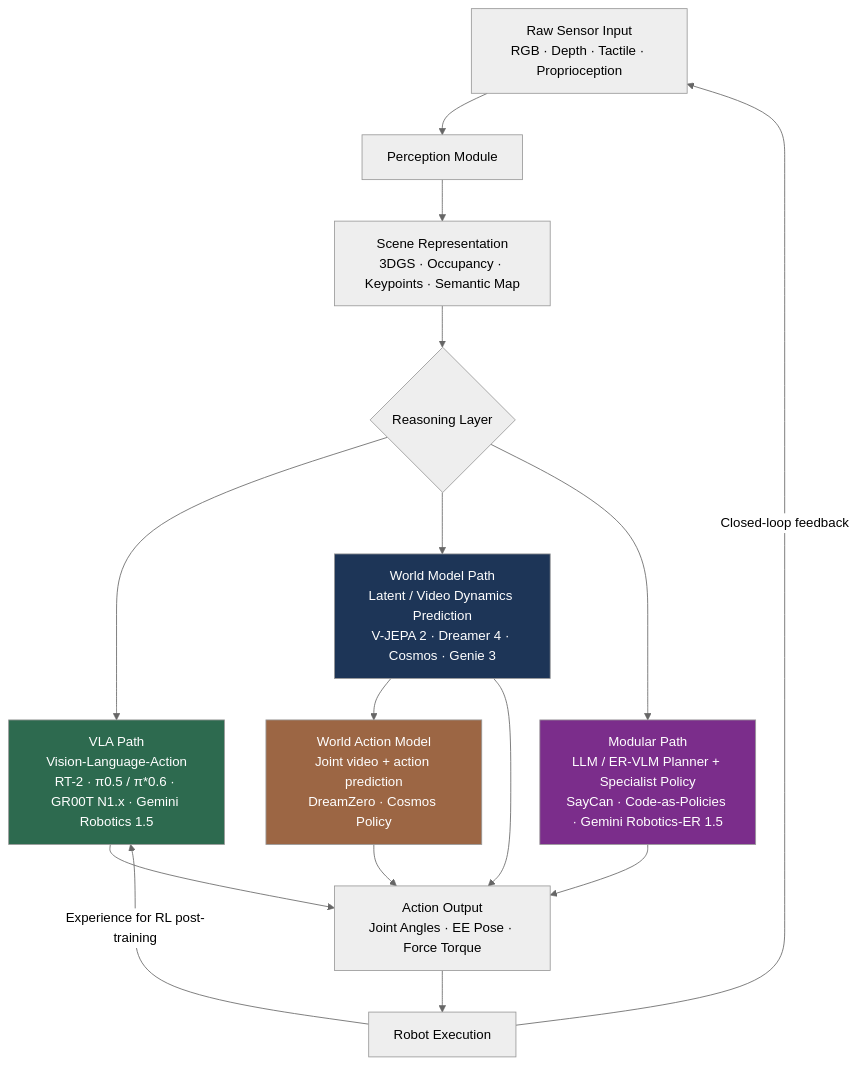
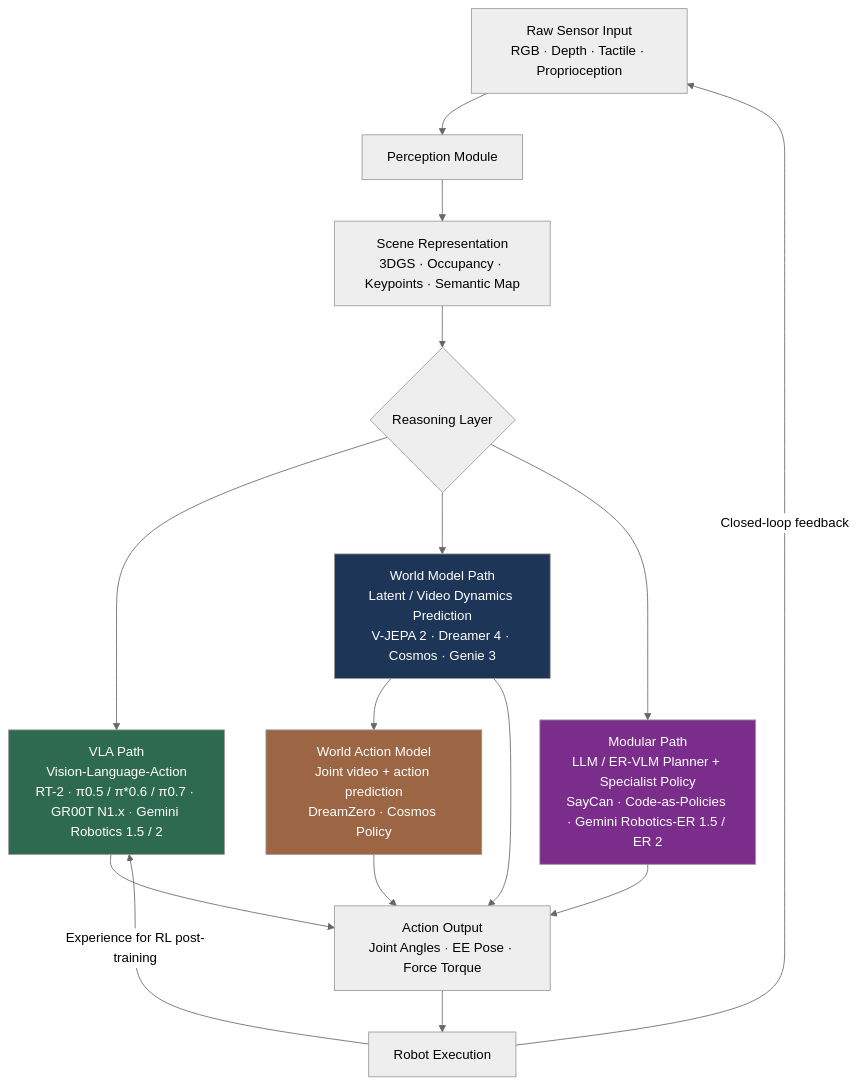
One commit to FrankHuang94/CV_learning_db_claude changed the diagram in cv-knowledge-base/06_robotics_and_embodied_ai/00_overview_roadmap.md. Above: the diagram before and after it, drawn with Mermaid (neutral theme). The commit also changed other lines of this file and 11 other files, not shown here.

First line of the commit message:
Robotics: add Gemini Robotics 2 family, π0.7 and Figure Helix 02 (EN + ZH)

````diff
--- a/cv-knowledge-base/06_robotics_and_embodied_ai/00_overview_roadmap.md
+++ b/cv-knowledge-base/06_robotics_and_embodied_ai/00_overview_roadmap.md
@@ -35,21 +36,21 @@
 ```mermaid
 graph TD
     A[Raw Sensor Input\nRGB · Depth · Tactile · Proprioception] --> B[Perception Module]
     B --> C[Scene Representation\n3DGS · Occupancy · Keypoints · Semantic Map]
     C --> D{Reasoning Layer}
-    D --> E[VLA Path\nVision-Language-Action\nRT-2 · π0.5 / π*0.6 · GR00T N1.x · Gemini Robotics 1.5]
+    D --> E[VLA Path\nVision-Language-Action\nRT-2 · π0.5 / π*0.6 / π0.7 · GR00T N1.x · Gemini Robotics 1.5 / 2]
     D --> F[World Model Path\nLatent / Video Dynamics Prediction\nV-JEPA 2 · Dreamer 4 · Cosmos · Genie 3]
-    D --> G[Modular Path\nLLM / ER-VLM Planner + Specialist Policy\nSayCan · Code-as-Policies · Gemini Robotics-ER 1.5]
+    D --> G[Modular Path\nLLM / ER-VLM Planner + Specialist Policy\nSayCan · Code-as-Policies · Gemini Robotics-ER 1.5 / ER 2]
     F --> W[World Action Model\nJoint video + action prediction\nDreamZero · Cosmos Policy]
     E --> H[Action Output\nJoint Angles · EE Pose · Force Torque]
     W --> H
     F --> H
     G --> H
     H --> I[Robot Execution]
     I -->|Closed-loop feedback| A
     I -->|Experience for RL post-training| E
     style E fill:#2d6a4f,color:#fff
     style F fill:#1d3557,color:#fff
     style G fill:#7b2d8b,color:#fff
     style W fill:#9c6644,color:#fff
 ```
````
